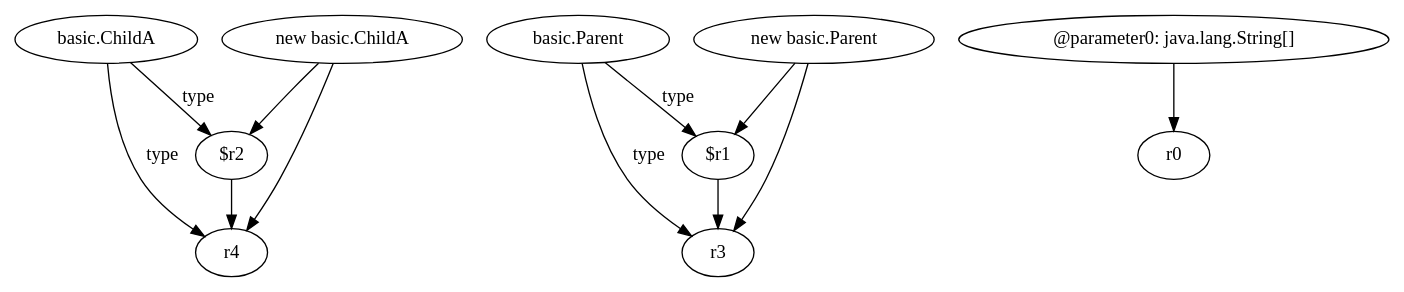
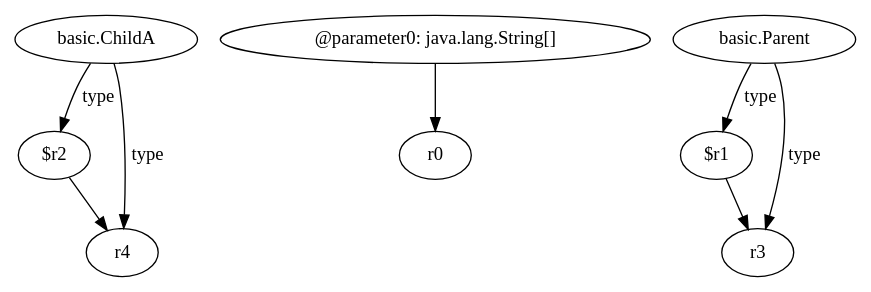
The diagram in relation2/<callgraph.Hierarchy: void main(java.lang.String[])>.dot (SeanCoek/zString), drawn with Graphviz before and after one commit. The commit also changed 34 other files, not shown here.

Commit message:
update graph

```diff
--- a/relation2/<callgraph.Hierarchy: void main(java.lang.String[])>.dot
+++ b/relation2/<callgraph.Hierarchy: void main(java.lang.String[])>.dot
@@ -1,23 +1,17 @@
 digraph g {
 0[label="$r2"]
 1[label="r4"]
 0->1[label=""]
-2[label="basic.ChildA"]
-2->1[label="type"]
-3[label="$r1"]
-4[label="r3"]
-3->4[label=""]
-5[label="basic.Parent"]
-5->4[label="type"]
-2->0[label="type"]
-6[label="new basic.Parent"]
-6->3[label=""]
-5->3[label="type"]
-7[label="new basic.ChildA"]
-7->0[label=""]
-7->1[label=""]
-8[label="@parameter0: java.lang.String[]"]
-9[label="r0"]
-8->9[label=""]
-6->4[label=""]
+2[label="@parameter0: java.lang.String[]"]
+3[label="r0"]
+2->3[label=""]
+4[label="basic.ChildA"]
+4->1[label="type"]
+5[label="$r1"]
+6[label="r3"]
+5->6[label=""]
+7[label="basic.Parent"]
+7->6[label="type"]
+4->0[label="type"]
+7->5[label="type"]
 }
```
